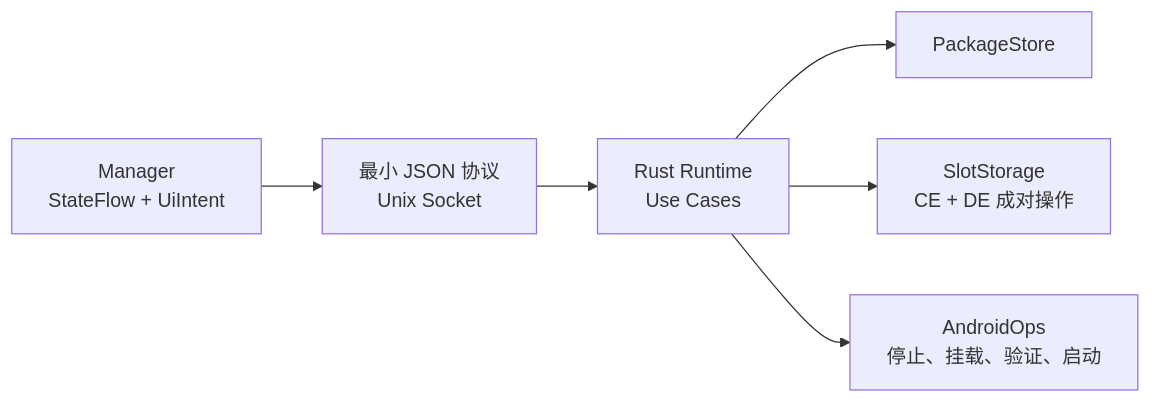
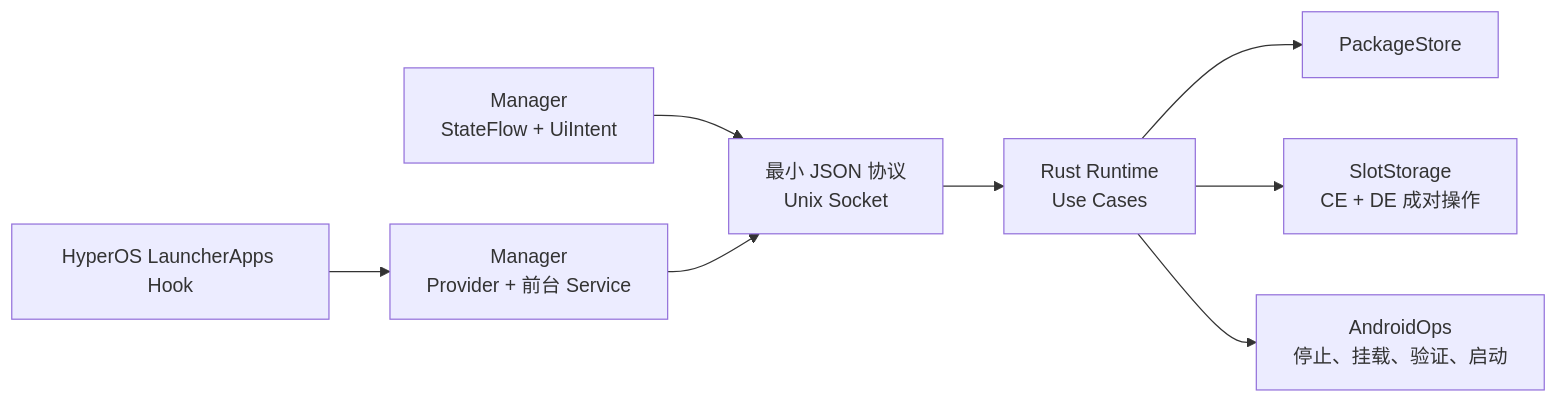
One commit to gkeyes/uclone-slices changed the diagram in README.md. Above: the diagram before and after it, drawn with Mermaid. The commit also changed other lines of this file and 63 other files, not shown here.

````diff
--- a/README.md
+++ b/README.md
@@ -68,8 +76,10 @@
 ```mermaid
 flowchart LR
     UI["Manager<br/>StateFlow + UiIntent"] --> RPC["最小 JSON 协议<br/>Unix Socket"]
+    Launcher["HyperOS LauncherApps Hook"] --> Relay["Manager<br/>Provider + 前台 Service"]
+    Relay --> RPC
     RPC --> Runtime["Rust Runtime<br/>Use Cases"]
     Runtime --> Store["PackageStore"]
     Runtime --> Slots["SlotStorage<br/>CE + DE 成对操作"]
     Runtime --> Android["AndroidOps<br/>停止、挂载、验证、启动"]
 ```
````
